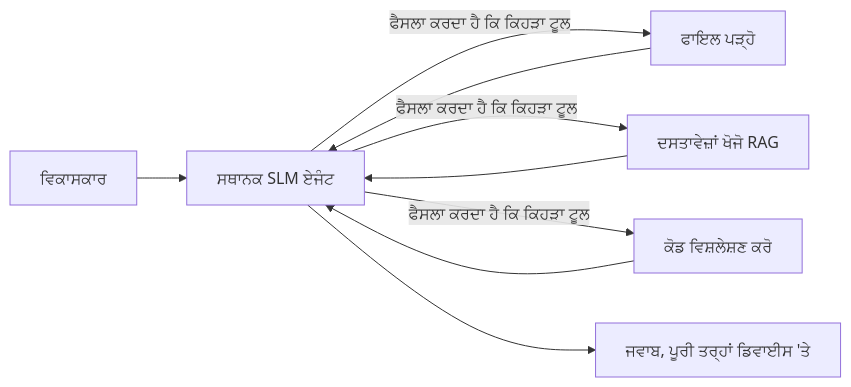
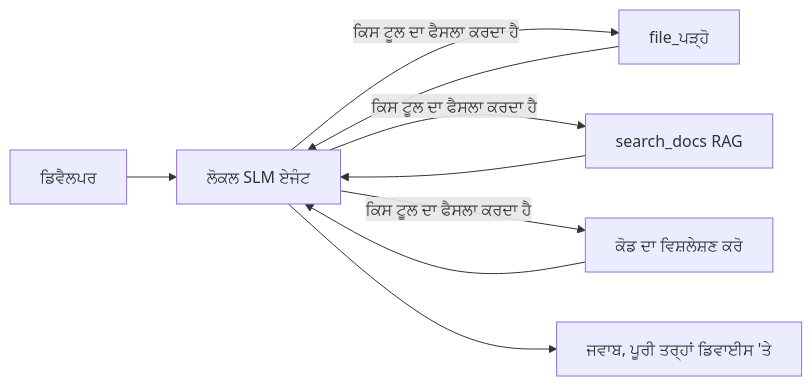
The first of 4 diagrams in mirrors/repos/microsoft@ai-agents-for-beginners/translations/pa/17-creating-local-ai-agents/README.md (gabrielmoreira/agent-skills-mirror), drawn with Mermaid before and after one commit. The commit also changed other lines of this file and 4262 other files, not shown here.

````diff
--- a/mirrors/repos/microsoft@ai-agents-for-beginners/translations/pa/17-creating-local-ai-agents/README.md
+++ b/mirrors/repos/microsoft@ai-agents-for-beginners/translations/pa/17-creating-local-ai-agents/README.md
@@ -66,11 +66,11 @@
 ```mermaid
 flowchart LR
-    U[ਵਿਕਾਸਕਾਰ] --> A[ਸਥਾਨਕ SLM ਏਜੰਟ]
-    A -->|ਫੈਸਲਾ ਕਰਦਾ ਹੈ ਕਿ ਕਿਹੜਾ ਟੂਲ| T1[ਫਾਇਲ ਪੜ੍ਹੋ]
-    A -->|ਫੈਸਲਾ ਕਰਦਾ ਹੈ ਕਿ ਕਿਹੜਾ ਟੂਲ| T2[ਦਸਤਾਵੇਜ਼ਾਂ ਖੋਜੋ RAG]
-    A -->|ਫੈਸਲਾ ਕਰਦਾ ਹੈ ਕਿ ਕਿਹੜਾ ਟੂਲ| T3[ਕੋਡ ਵਿਸ਼ਲੇਸ਼ਣ ਕਰੋ]
+    U[ਡਿਵੈਲਪਰ] --> A[ਲੋਕਲ SLM ਏਜੰਟ]
+    A -->|ਕਿਸ ਟੂਲ ਦਾ ਫੈਸਲਾ ਕਰਦਾ ਹੈ| T1[file_ਪੜ੍ਹੋ]
+    A -->|ਕਿਸ ਟੂਲ ਦਾ ਫੈਸਲਾ ਕਰਦਾ ਹੈ| T2[search_docs RAG]
+    A -->|ਕਿਸ ਟੂਲ ਦਾ ਫੈਸਲਾ ਕਰਦਾ ਹੈ| T3[ਕੋਡ ਦਾ ਵਿਸ਼ਲੇਸ਼ਣ ਕਰੋ]
     T1 --> A
     T2 --> A
     T3 --> A
     A --> R[ਜਵਾਬ, ਪੂਰੀ ਤਰ੍ਹਾਂ ਡਿਵਾਈਸ 'ਤੇ]
 ```
````
